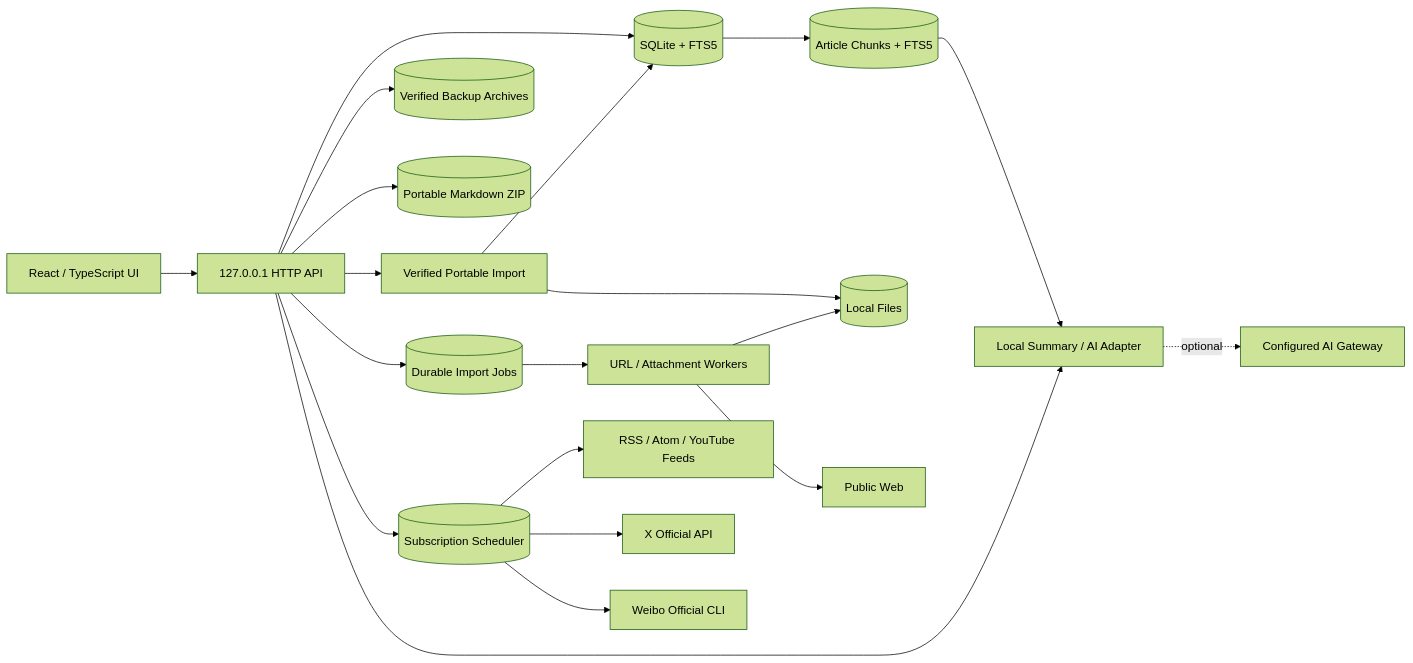
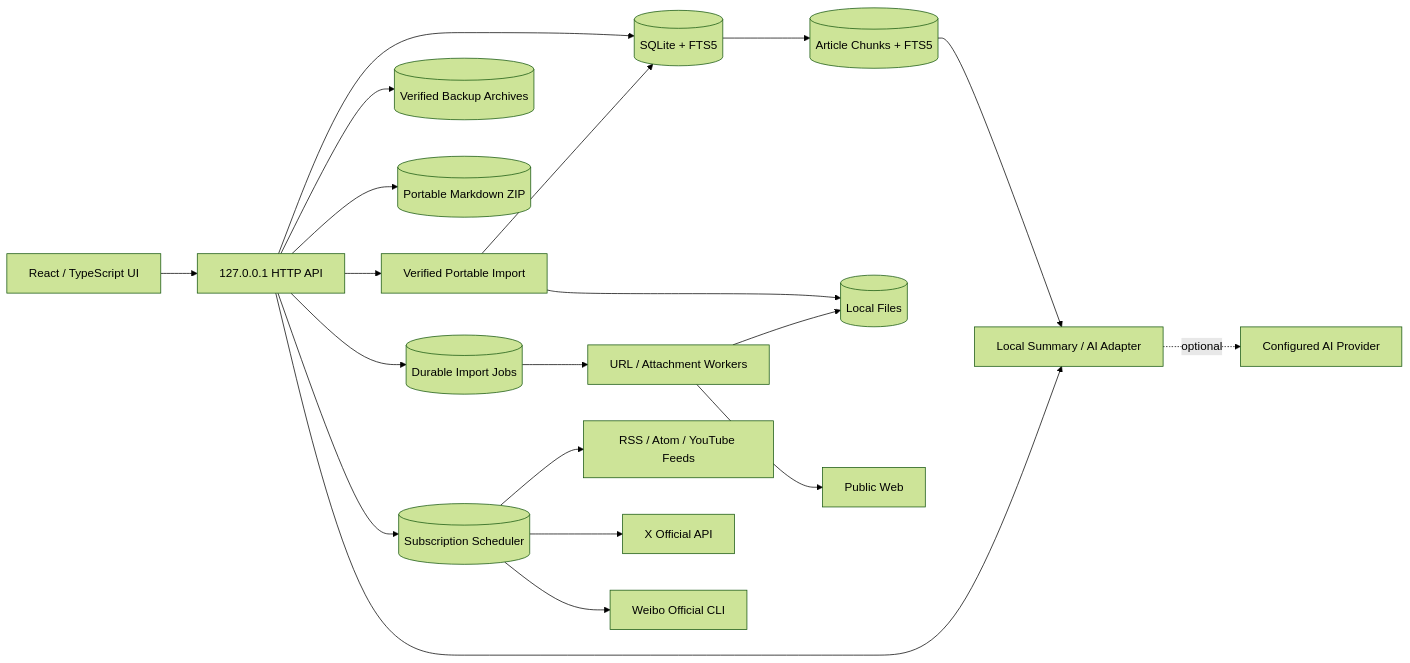
One commit to Leo-Cjw/Leo-Reader-App changed the diagram in docs/ARCHITECTURE.md. Above: the diagram before and after it, drawn with Mermaid (forest theme). The commit also changed other lines of this file and 22 other files, not shown here.

````diff
--- a/docs/ARCHITECTURE.md
+++ b/docs/ARCHITECTURE.md
@@ -9,22 +9,22 @@
 ```mermaid
 flowchart LR
   UI[React / TypeScript UI] --> API[127.0.0.1 HTTP API]
   API --> DB[(SQLite + FTS5)]
   API --> BACKUP[(Verified Backup Archives)]
   API --> EXPORT[(Portable Markdown ZIP)]
   API --> PORTABLE[Verified Portable Import]
   API --> QUEUE[(Durable Import Jobs)]
   API --> SOURCES[(Subscription Scheduler)]
   QUEUE --> IMPORT[URL / Attachment Workers]
   SOURCES --> FEEDS[RSS / Atom / YouTube Feeds]
   SOURCES --> XAPI[X Official API]
   SOURCES --> WBCLI[Weibo Official CLI]
   IMPORT --> FILES[(Local Files)]
   PORTABLE --> DB
   PORTABLE --> FILES
   API --> AI[Local Summary / AI Adapter]
   DB --> CHUNKS[(Article Chunks + FTS5)]
   CHUNKS --> AI
   IMPORT --> WEB[Public Web]
-  AI -. optional .-> MODEL[Configured AI Gateway]
+  AI -. optional .-> MODEL[Configured AI Provider]
 ```
````
